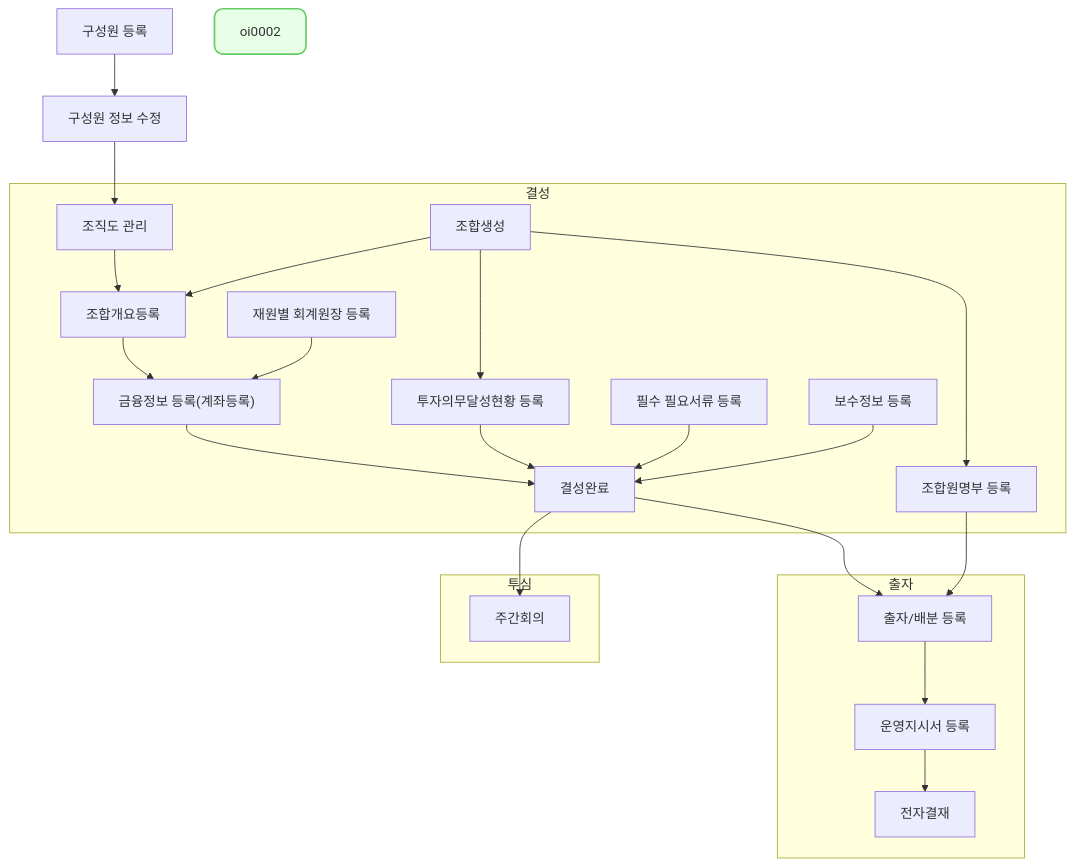
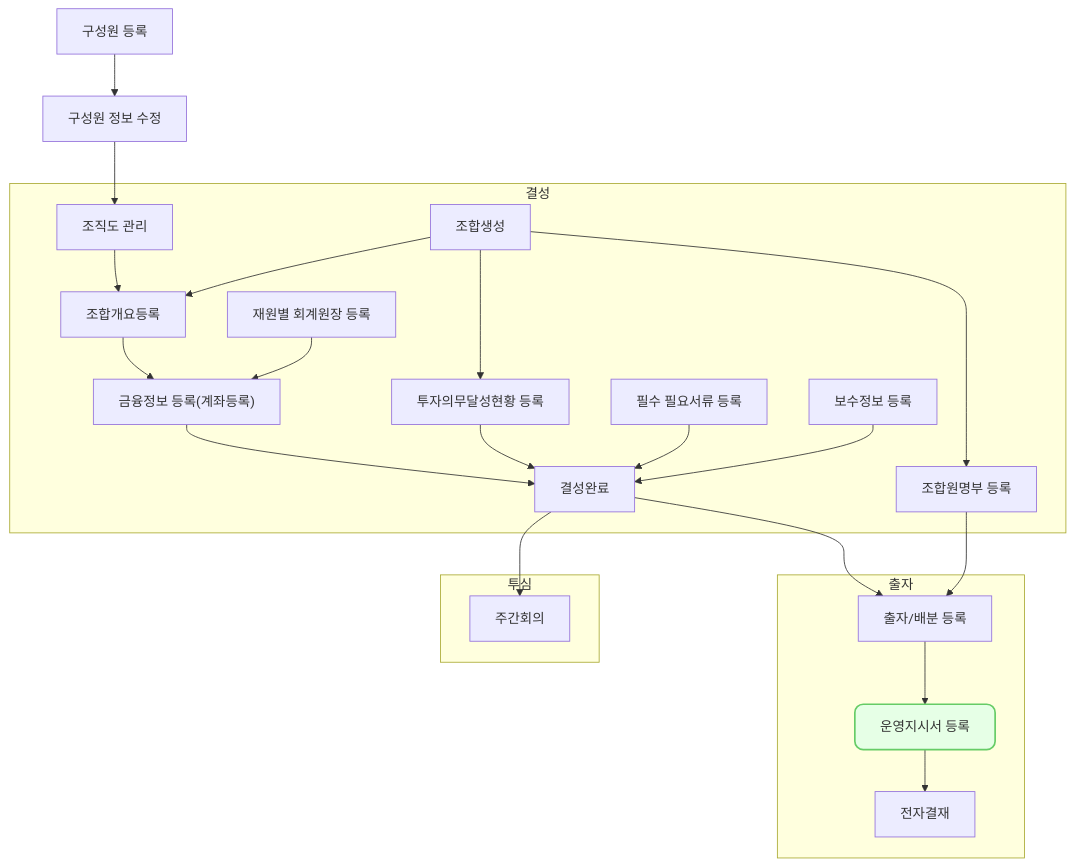
One commit to cotes2020/jekyll-theme-chirpy changed the diagram in _posts/2024-07-07-oi0002.md. Above: the diagram before and after it, drawn with Mermaid. The commit also changed 10 other files, not shown here.

````diff
--- a/_posts/2024-07-07-oi0002.md
+++ b/_posts/2024-07-07-oi0002.md
@@ -63,72 +63,72 @@
 ```mermaid
 flowchart TD
 
         hr0001["구성원 등록"]
         hr0002["구성원 정보 수정"]
         hr0007["조직도 관리"]
 
         hr0001 --> hr0002
         hr0002 --> hr0007
 
     subgraph 결성["결성"]
         fd0001["조합생성"]
         fd0009["조합개요등록"]
         fd0010["투자의무달성현황 등록"]
         fd0011["조합원명부 등록"]
         fm0010["재원별 회계원장 등록"]
         fd0009a["금융정보 등록(계좌등록)"]
         fd0013["필수 필요서류 등록"]
         fd0012["보수정보 등록"]
         fd0000["결성완료"]
 
         hr0007 --> fd0009
         fd0001 --> fd0009
         fd0001 --> fd0010
         fd0001 --> fd0011 
         fd0009 --> fd0009a 
         fm0010 --> fd0009a
 
 
         fd0009a-->fd0000
         fd0010-->fd0000
         fd0013-->fd0000
         fd0012-->fd0000
     end
 
     subgraph 출자["출자"]
         fd0006["출자/배분 등록"]
-        io0002["운영지시서 등록"]
+        oi0002["운영지시서 등록"]
         ed0001["전자결재"]
 
         fd0000 --> fd0006
         fd0011 --> fd0006
-        fd0006 --> io0002 --> ed0001
+        fd0006 --> oi0002 --> ed0001
 
     end
 
     subgraph 투자심의["투심"]
         wr0003["주간회의"]
         fd0000 --> wr0003
 
     end
 
     %% 셋팅 --> 결성
     
 click hr0001 "{% post_url 2024-07-02-hr0001 %}" " "
 click hr0002 "{% post_url 2024-07-02-hr0002 %}" " "
 click hr0007 "{% post_url 2024-07-02-hr0007 %}" " "
 click se0005 "{% post_url 2024-07-02-se0005 %}" " "
 click se0003 "{% post_url 2024-07-03-se0003 %}" " "
 click fd0001 "{% post_url 2024-07-04-fd0001 %}" " "
 click fd0010 "{% post_url 2024-07-04-fd0010 %}" " "
 click fd0011 "{% post_url 2024-07-04-fd0011 %}" " "
 click fm0010 "{% post_url 2024-07-04-fm0010 %}" " "
 click fd0009a "{% post_url 2024-07-05-fd0009a %}" " "
 click fd0013 "{% post_url 2024-07-05-fd0013 %}" " "
 click fd0012 "{% post_url 2024-07-06-fd0012 %}" " "
 click fd0006 "{% post_url 2024-07-07-fd0006 %}" " "
 click oi0002 "{% post_url 2024-07-07-oi0002 %}" " "
 click ed0001 "{% post_url 2024-07-08-ed0001 %}" " "
 
 style oi0002 fill:#e6ffe6,stroke:#66cc66,stroke-width:2px,rx:10,ry:10,color:#333333,fontColor:#333333
 ```
````
